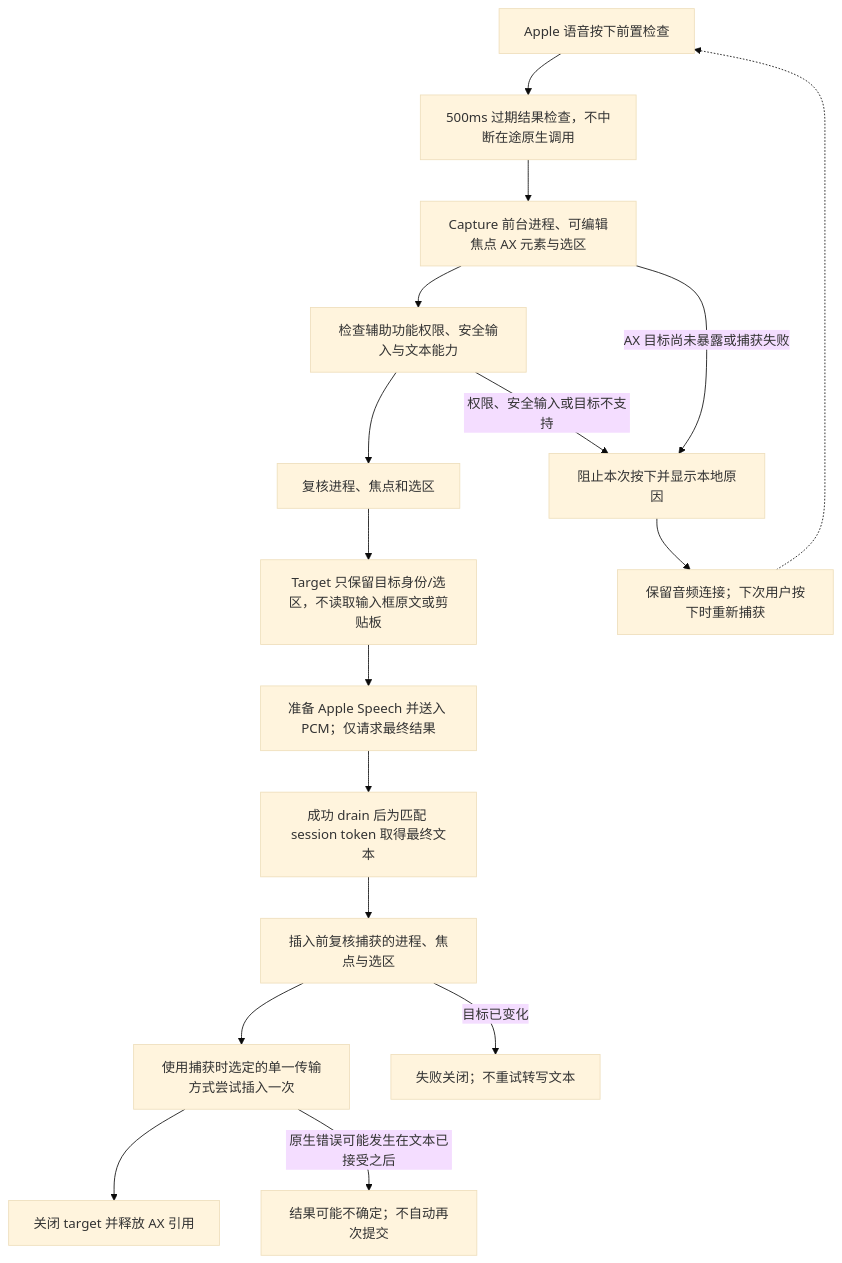
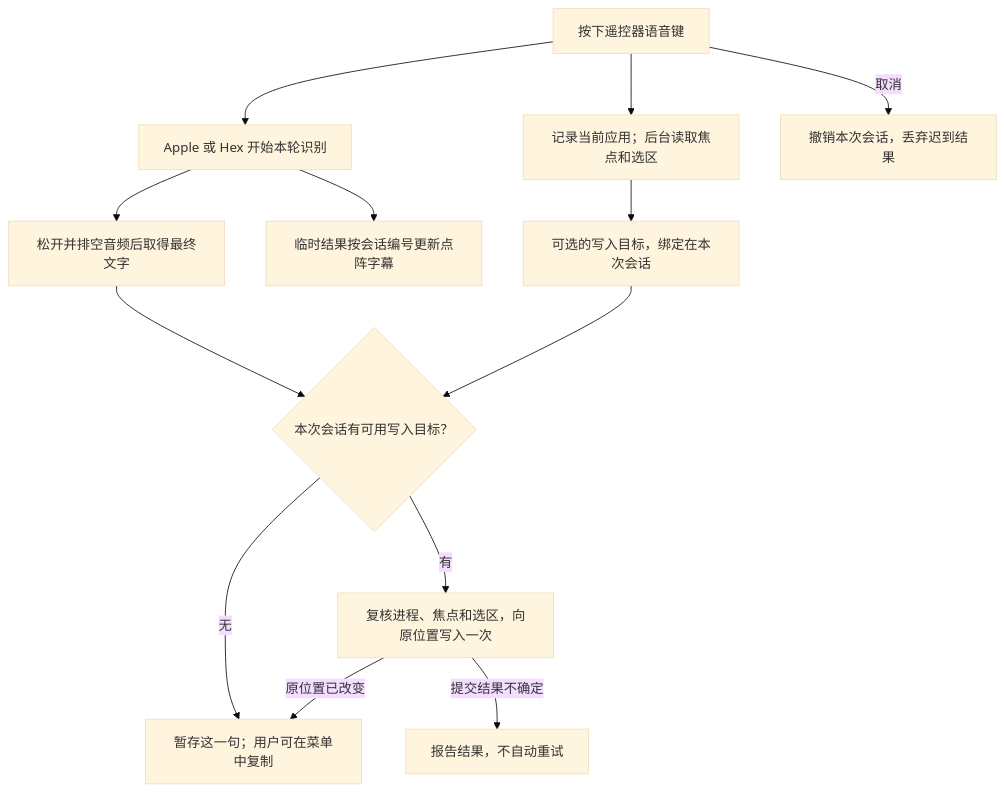
One commit to daftAI2026/MiMac changed the diagram in tools/workbench/diagrams/apple-text-target.mmd. Above: the diagram before and after it, drawn with Mermaid (base theme). The commit also changed 52 other files, not shown here.

```diff
--- a/tools/workbench/diagrams/apple-text-target.mmd
+++ b/tools/workbench/diagrams/apple-text-target.mmd
@@ -1,17 +1,13 @@
 flowchart TD
-    press["Apple 语音按下前置检查"] --> admission["500ms 过期结果检查，不中断在途原生调用"]
-    admission --> capture["Capture 前台进程、可编辑焦点 AX 元素与选区"]
-    capture --> checks["检查辅助功能权限、安全输入与文本能力"]
-    checks --> confirm["复核进程、焦点和选区"]
-    confirm --> frozen["Target 只保留目标身份/选区，不读取输入框原文或剪贴板"]
-    frozen --> audio["准备 Apple Speech 并送入 PCM；仅请求最终结果"]
-    audio --> final["成功 drain 后为匹配 session token 取得最终文本"]
-    final --> recheck["插入前复核捕获的进程、焦点与选区"]
-    recheck --> insert["使用捕获时选定的单一传输方式尝试插入一次"]
-    insert --> cleanup["关闭 target 并释放 AX 引用"]
-    capture -->|AX 目标尚未暴露或捕获失败| blocked
-    checks -->|权限、安全输入或目标不支持| blocked["阻止本次按下并显示本地原因"]
-    recheck -->|目标已变化| noRetry["失败关闭；不重试转写文本"]
-    insert -->|原生错误可能发生在文本已接受之后| uncertain["结果可能不确定；不自动再次提交"]
-    blocked --> nextPress["保留音频连接；下次用户按下时重新捕获"]
-    nextPress -.-> press
+    press["按下遥控器语音键"] --> audio["Apple 或 Hex 开始本轮识别"]
+    press --> app["记录当前应用；后台读取焦点和选区"]
+    app --> target["可选的写入目标，绑定在本次会话"]
+    audio --> preview["临时结果按会话编号更新点阵字幕"]
+    audio --> final["松开并排空音频后取得最终文字"]
+    final --> check{"本次会话有可用写入目标？"}
+    target --> check
+    check -->|有| validate["复核进程、焦点和选区，向原位置写入一次"]
+    check -->|无| recover["暂存这一句；用户可在菜单中复制"]
+    validate -->|原位置已改变| recover
+    validate -->|提交结果不确定| stop["报告结果，不自动重试"]
+    press -->|取消| clear["撤销本次会话，丢弃迟到结果"]
```
